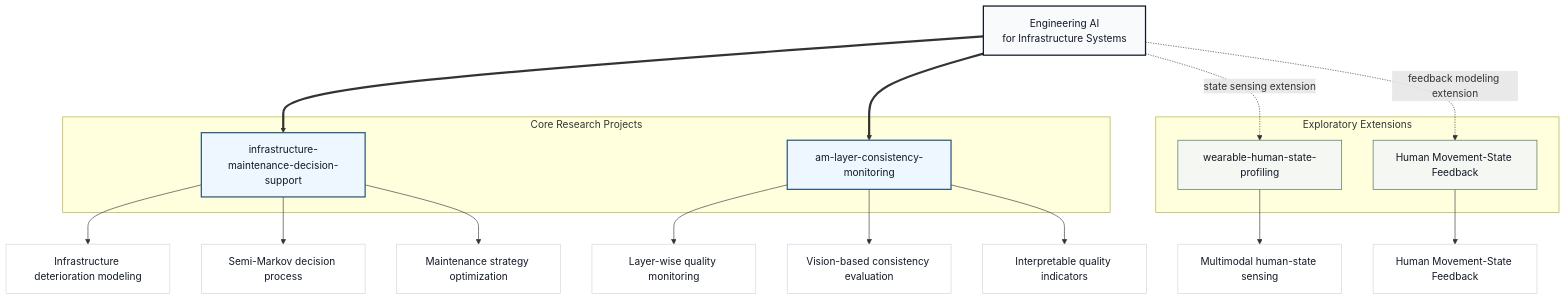
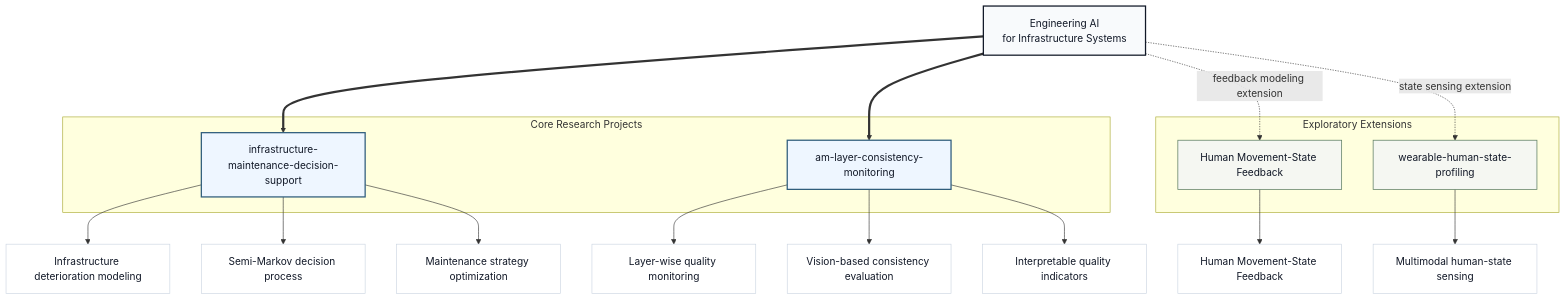
Before and after one commit to liujiaresearcher-hash/liujiaresearcher-hash: the second of 2 diagrams in README.md, drawn with Mermaid. The commit also changed other lines of this file, not shown here.

Commit message:
Refine movement-first human-state demo positioning

````diff
--- a/README.md
+++ b/README.md
@@ -87,40 +87,40 @@
 ```mermaid
 flowchart TB
     Theme["Engineering AI<br/>for Infrastructure Systems"]
 
     subgraph Core["Core Research Projects"]
         IMDS["infrastructure-maintenance-decision-support"]
         AM["am-layer-consistency-monitoring"]
     end
 
     subgraph Extension["Exploratory Extensions"]
+        HMSF["Human Movement-State Feedback"]
         WHSP["wearable-human-state-profiling"]
-        HMSF["Human Movement-State Feedback"]
     end
 
     Theme ==> IMDS
     Theme ==> AM
+    Theme -. "feedback modeling extension" .-> HMSF
     Theme -. "state sensing extension" .-> WHSP
-    Theme -. "feedback modeling extension" .-> HMSF
 
     IMDS --> I1["Infrastructure deterioration modeling"]
     IMDS --> I2["Semi-Markov decision process"]
     IMDS --> I3["Maintenance strategy optimization"]
 
     AM --> A1["Layer-wise quality monitoring"]
     AM --> A2["Vision-based consistency evaluation"]
     AM --> A3["Interpretable quality indicators"]
 
+    HMSF --> H1["Human Movement-State Feedback"]
     WHSP --> W1["Multimodal human-state sensing"]
-    HMSF --> H1["Human Movement-State Feedback"]
 
     classDef theme fill:#F8FAFC,stroke:#111827,stroke-width:2px,color:#111827;
     classDef core fill:#EEF6FF,stroke:#2F5D7C,stroke-width:2px,color:#111827;
     classDef extension fill:#F5F7F2,stroke:#5F7F65,stroke-width:1.2px,color:#111827;
     classDef detail fill:#FFFFFF,stroke:#CBD5E1,stroke-width:1px,color:#111827;
 
     class Theme theme;
     class IMDS,AM core;
     class WHSP,HMSF extension;
     class I1,I2,I3,A1,A2,A3,W1,H1 detail;
 ```
````
